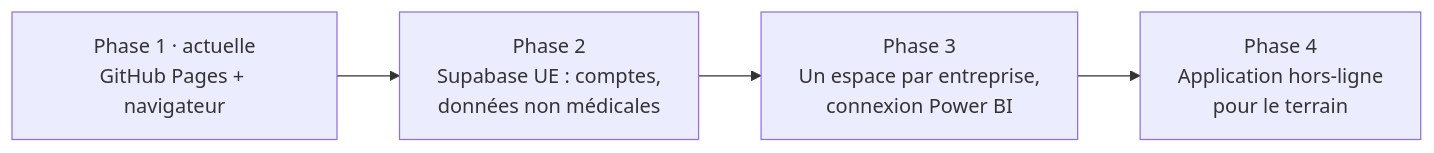
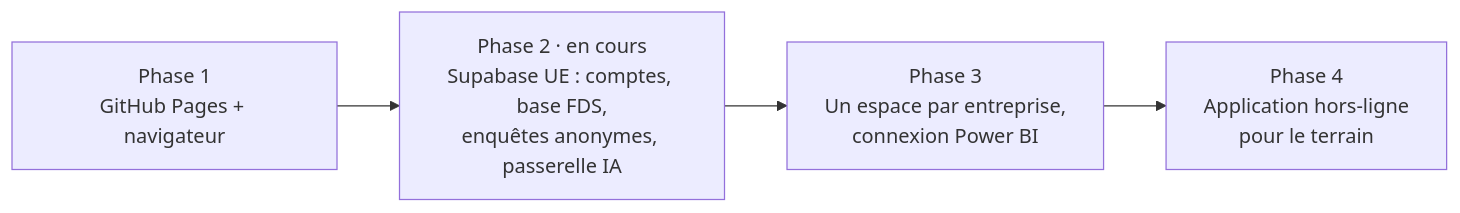
One commit to laurebonnefond/preventia-protect changed the fourth of 4 diagrams in README.md. Above: the diagram before and after it, drawn with Mermaid. The commit also changed other lines of this file, not shown here.

First line of the commit message:
README : nouveautés de novembre 2026 (IA sécurisée, base FDS, compte commun, DUERP)

````diff
--- a/README.md
+++ b/README.md
@@ -346,6 +387,6 @@
 ```mermaid
 flowchart LR
-    P1["Phase 1 · actuelle<br/>GitHub Pages + navigateur"] --> P2["Phase 2<br/>Supabase UE : comptes,<br/>données non médicales"]
+    P1["Phase 1<br/>GitHub Pages + navigateur"] --> P2["Phase 2 · en cours<br/>Supabase UE : comptes, base FDS,<br/>enquêtes anonymes, passerelle IA"]
     P2 --> P3["Phase 3<br/>Un espace par entreprise,<br/>connexion Power BI"]
     P3 --> P4["Phase 4<br/>Application hors-ligne<br/>pour le terrain"]
 ```
````
